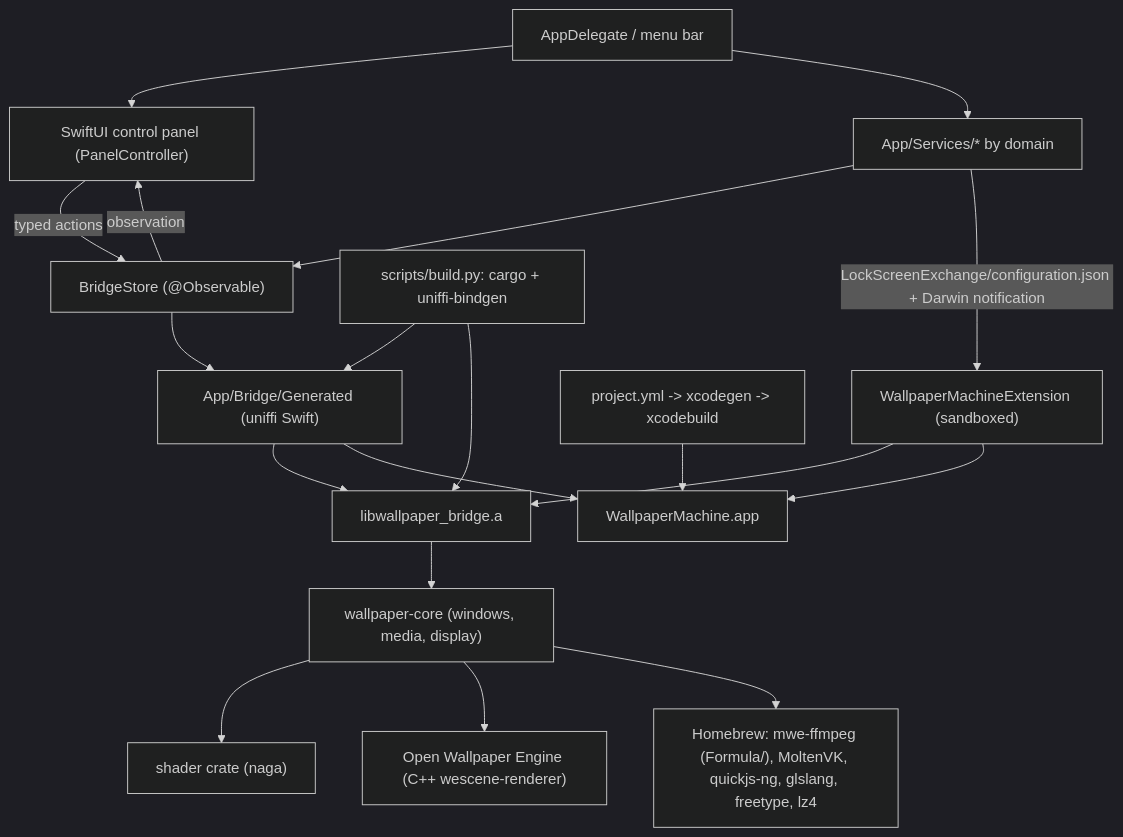
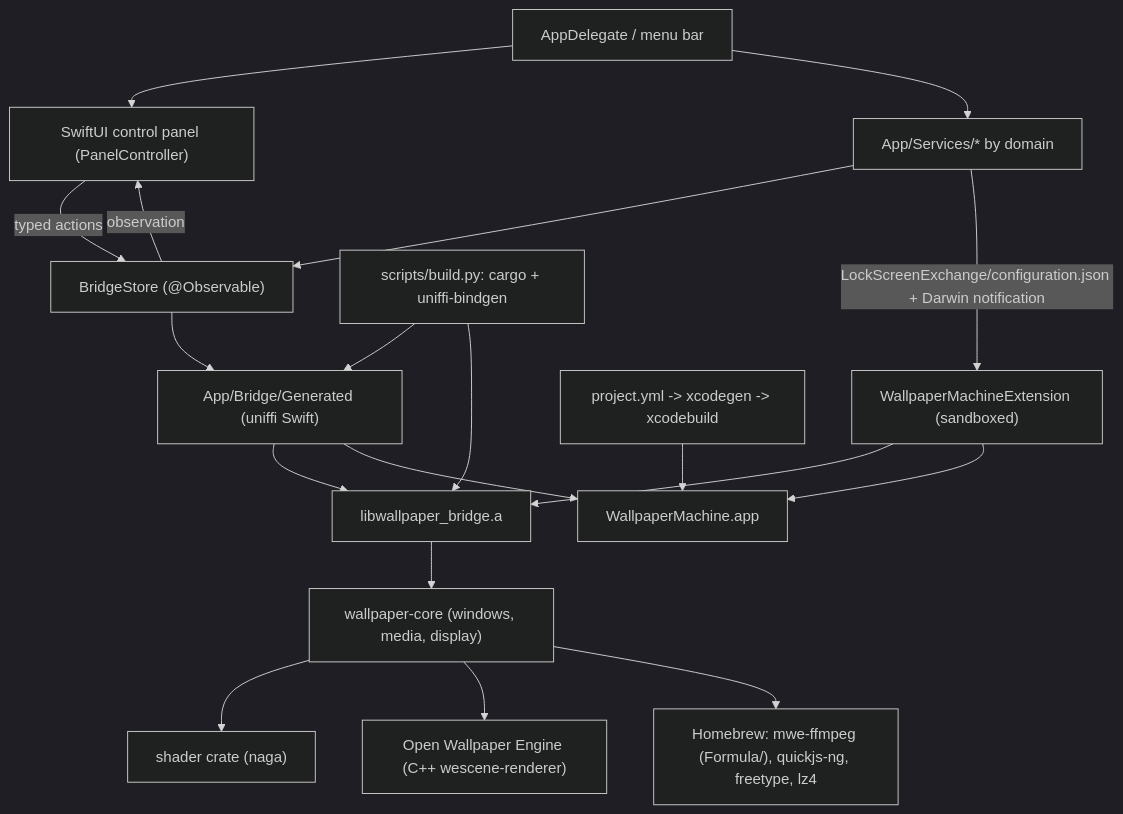
Before and after one commit to MMFoundation/WallpaperMachine: the diagram in docs/architecture.md, drawn with Mermaid (dark theme). The commit also changed other lines of this file and 211 other files, not shown here.

````diff
--- a/docs/architecture.md
+++ b/docs/architecture.md
@@ -14,21 +14,21 @@
 ```mermaid
 flowchart TD
   Shell["AppDelegate / menu bar"] --> Panel["SwiftUI control panel (PanelController)"]
   Panel -->|"typed actions"| Store["BridgeStore (@Observable)"]
   Store -->|"observation"| Panel
   Shell --> Services["App/Services/* by domain"]
   Services --> Store
   Store --> Generated["App/Bridge/Generated (uniffi Swift)"]
   Generated --> BridgeLib["libwallpaper_bridge.a"]
   BridgeLib --> Core["wallpaper-core (windows, media, display)"]
   Core --> Shader["shader crate (naga)"]
   Core --> OWE["Open Wallpaper Engine (C++ wescene-renderer)"]
-  Core --> Brew["Homebrew: mwe-ffmpeg (Formula/), MoltenVK, quickjs-ng, glslang, freetype, lz4"]
+  Core --> Brew["Homebrew: mwe-ffmpeg (Formula/), quickjs-ng, freetype, lz4"]
   Services -->|"LockScreenExchange/configuration.json + Darwin notification"| Ext["WallpaperMachineExtension (sandboxed)"]
   Ext --> BridgeLib
   Cargo["scripts/build.py: cargo + uniffi-bindgen"] --> Generated
   Cargo --> BridgeLib
   XcodeGen["project.yml -> xcodegen -> xcodebuild"] --> App["WallpaperMachine.app"]
   Generated --> App
   Ext --> App
 ```
````
